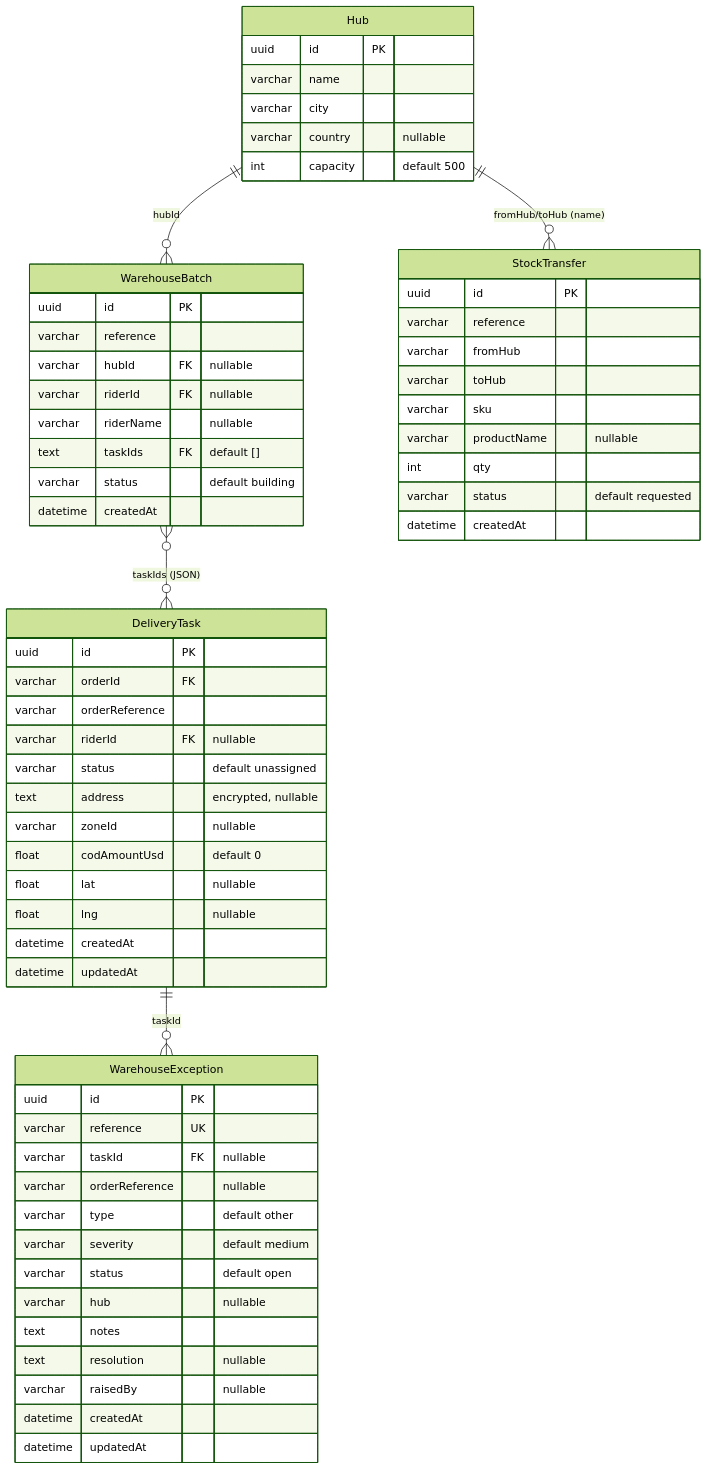
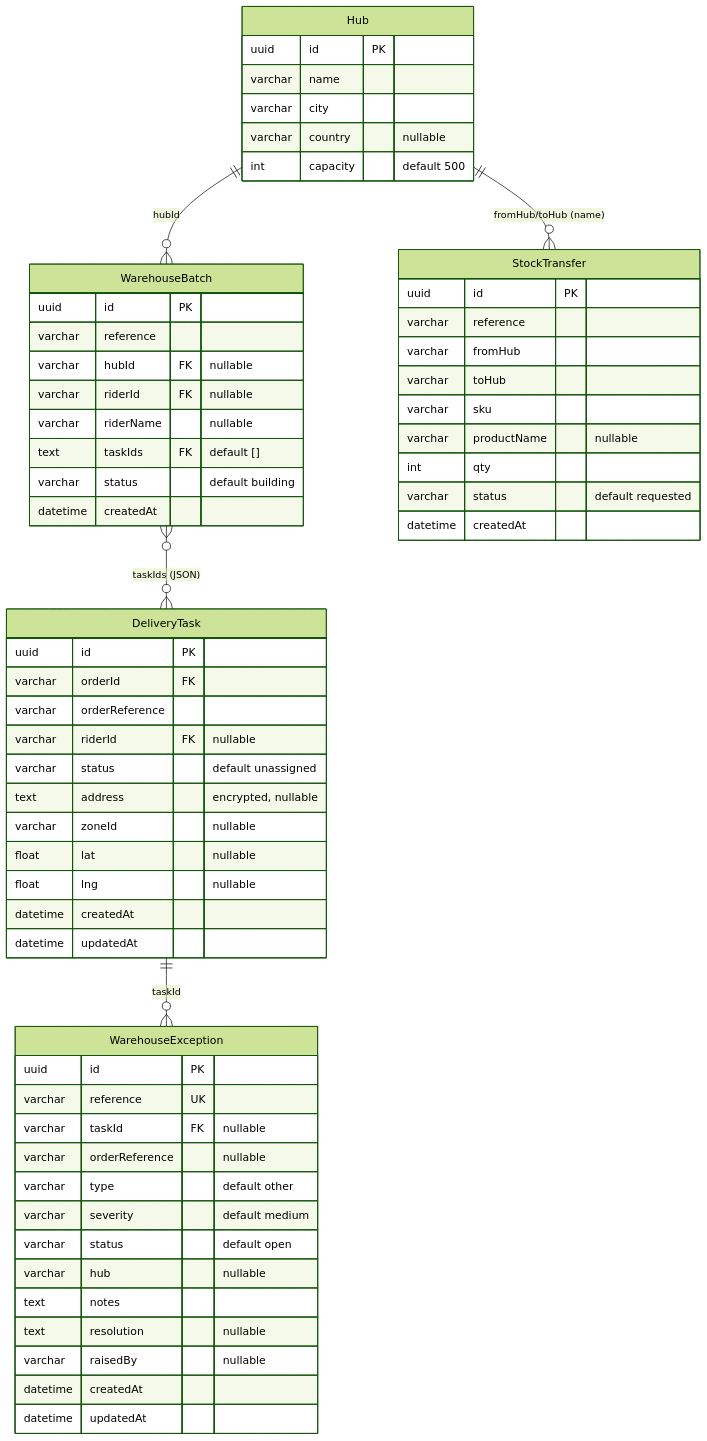
One commit to WaseemMirzaa/somba-apps changed the eighth of 20 diagrams in docs/ARCHITECTURE.md. Above: the diagram before and after it, drawn with Mermaid (forest theme). The commit also changed other lines of this file and 23 other files, not shown here.

````diff
--- a/docs/ARCHITECTURE.md
+++ b/docs/ARCHITECTURE.md
@@ -655,64 +654,63 @@
 ```mermaid
 erDiagram
     DeliveryTask ||--o{ WarehouseException : "taskId"
     Hub ||--o{ WarehouseBatch : "hubId"
     WarehouseBatch }o--o{ DeliveryTask : "taskIds (JSON)"
     Hub ||--o{ StockTransfer : "fromHub/toHub (name)"
     DeliveryTask {
         uuid id PK
         varchar orderId FK
         varchar orderReference
         varchar riderId FK "nullable"
         varchar status  "default unassigned"
         text address  "encrypted, nullable"
         varchar zoneId  "nullable"
-        float codAmountUsd  "default 0"
         float lat  "nullable"
         float lng  "nullable"
         datetime createdAt
         datetime updatedAt
     }
     Hub {
         uuid id PK
         varchar name
         varchar city
         varchar country  "nullable"
         int capacity  "default 500"
     }
     WarehouseBatch {
         uuid id PK
         varchar reference
         varchar hubId FK "nullable"
         varchar riderId FK "nullable"
         varchar riderName  "nullable"
         text taskIds FK "default []"
         varchar status  "default building"
         datetime createdAt
     }
     StockTransfer {
         uuid id PK
         varchar reference
         varchar fromHub
         varchar toHub
         varchar sku
         varchar productName  "nullable"
         int qty
         varchar status  "default requested"
         datetime createdAt
     }
     WarehouseException {
         uuid id PK
         varchar reference UK
         varchar taskId FK "nullable"
         varchar orderReference  "nullable"
         varchar type  "default other"
         varchar severity  "default medium"
         varchar status  "default open"
         varchar hub  "nullable"
         text notes
         text resolution  "nullable"
         varchar raisedBy  "nullable"
         datetime createdAt
         datetime updatedAt
     }
 ```
````
